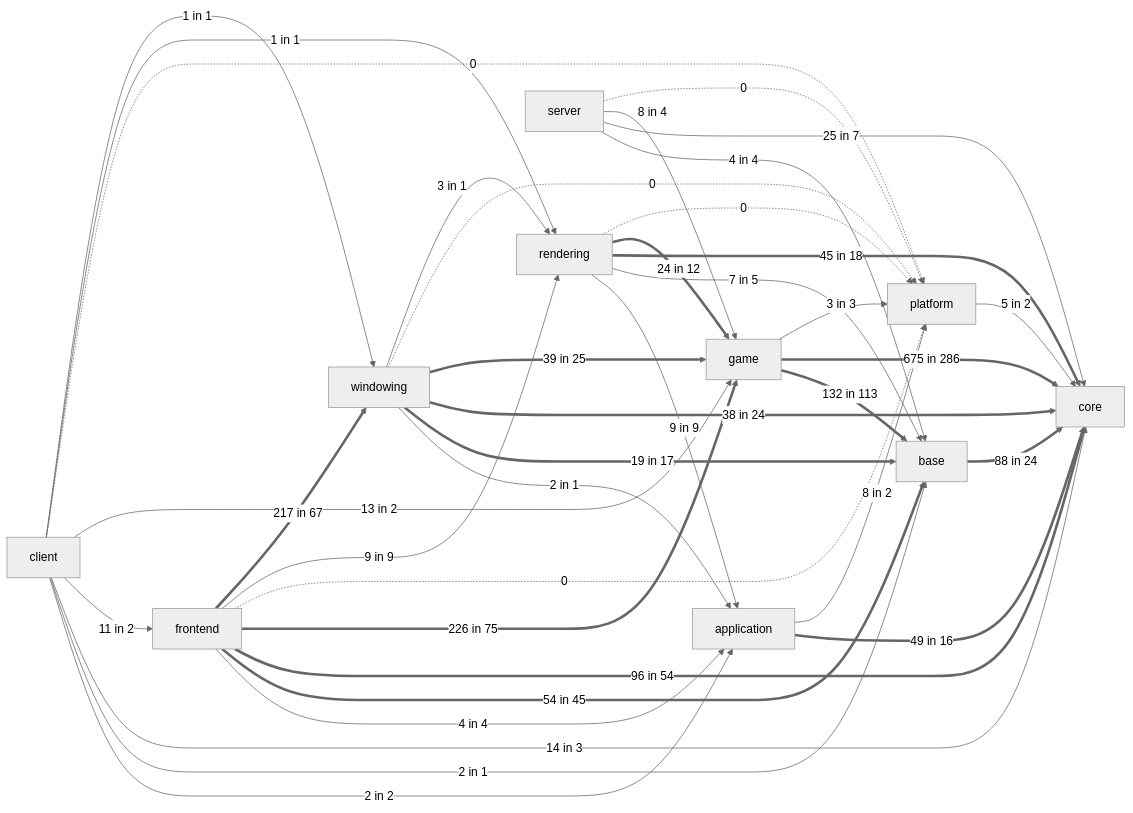
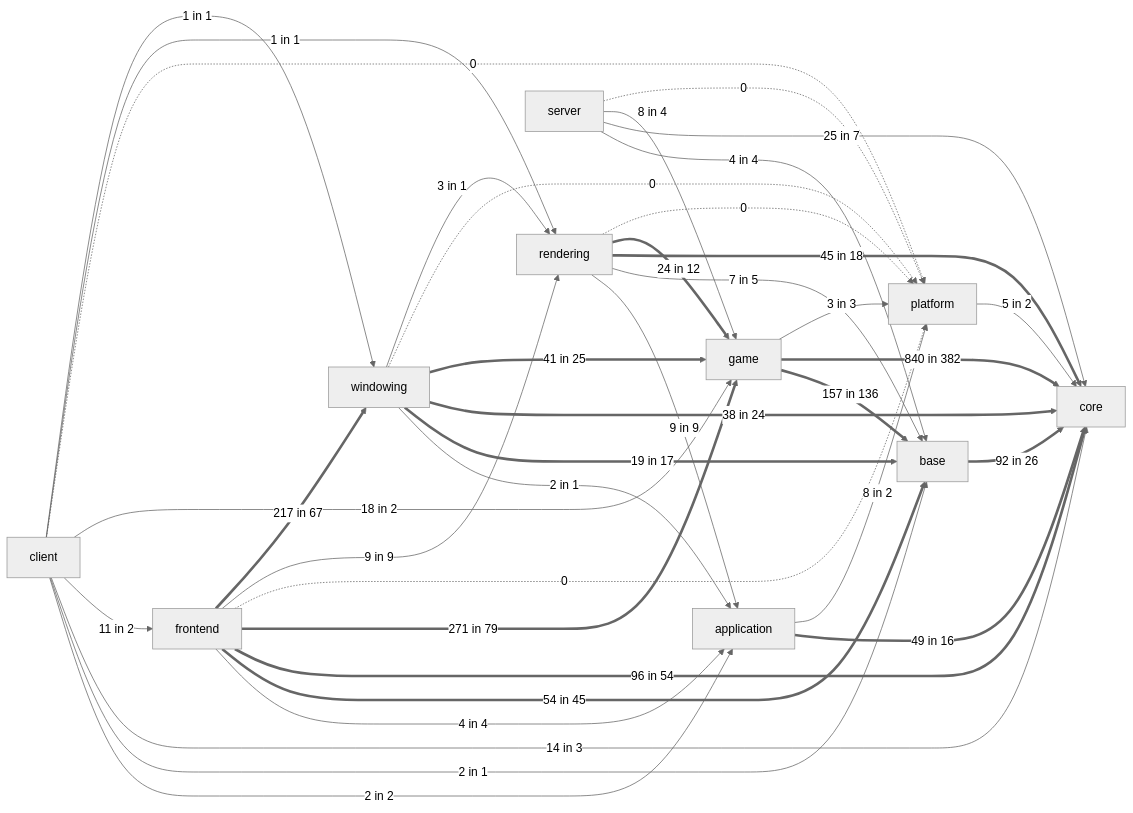
The fifth of 11 diagrams in docs/architecture/system-boundaries.md (apnex/OpenStarbound), drawn with Mermaid (neutral theme) before and after one commit. The commit also changed other lines of this file and 3 other files, not shown here.

````diff
--- a/docs/architecture/system-boundaries.md
+++ b/docs/architecture/system-boundaries.md
@@ -239,40 +258,40 @@
 ```mermaid
 flowchart LR
-  base ==>|88 in 24| core
+  base ==>|92 in 26| core
   platform -->|5 in 2| core
   application ==>|49 in 16| core
   application -->|8 in 2| platform
-  game ==>|132 in 113| base
-  game ==>|675 in 286| core
+  game ==>|157 in 136| base
+  game ==>|840 in 382| core
   game -->|3 in 3| platform
   rendering -->|9 in 9| application
   rendering -->|7 in 5| base
   rendering ==>|45 in 18| core
   rendering ==>|24 in 12| game
   rendering -.->|0| platform
   windowing -->|2 in 1| application
   windowing ==>|19 in 17| base
   windowing ==>|38 in 24| core
-  windowing ==>|39 in 25| game
+  windowing ==>|41 in 25| game
   windowing -.->|0| platform
   windowing -->|3 in 1| rendering
   frontend -->|4 in 4| application
   frontend ==>|54 in 45| base
   frontend ==>|96 in 54| core
-  frontend ==>|226 in 75| game
+  frontend ==>|271 in 79| game
   frontend -.->|0| platform
   frontend -->|9 in 9| rendering
   frontend ==>|217 in 67| windowing
   client -->|2 in 2| application
   client -->|2 in 1| base
   client -->|14 in 3| core
   client -->|11 in 2| frontend
-  client -->|13 in 2| game
+  client -->|18 in 2| game
   client -.->|0| platform
   client -->|1 in 1| rendering
   client -->|1 in 1| windowing
   server -->|4 in 4| base
   server -->|25 in 7| core
   server -->|8 in 4| game
   server -.->|0| platform
 ```
````
